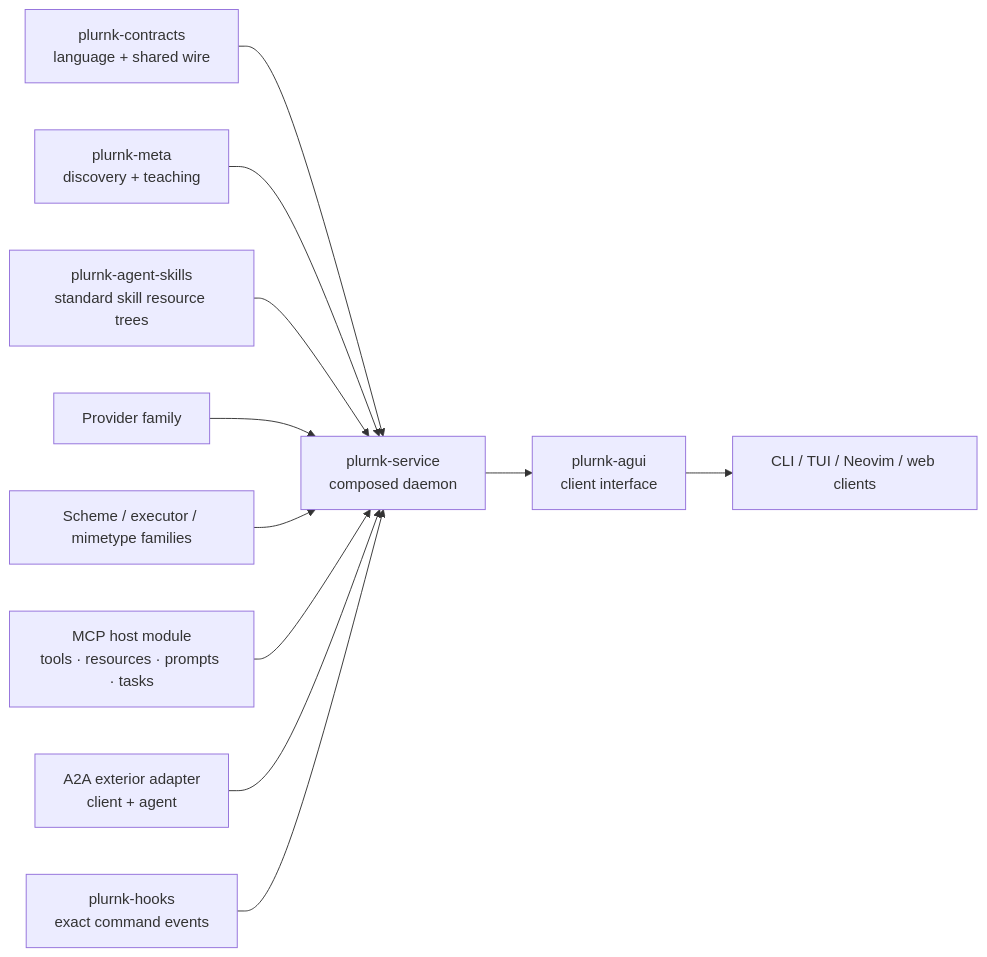
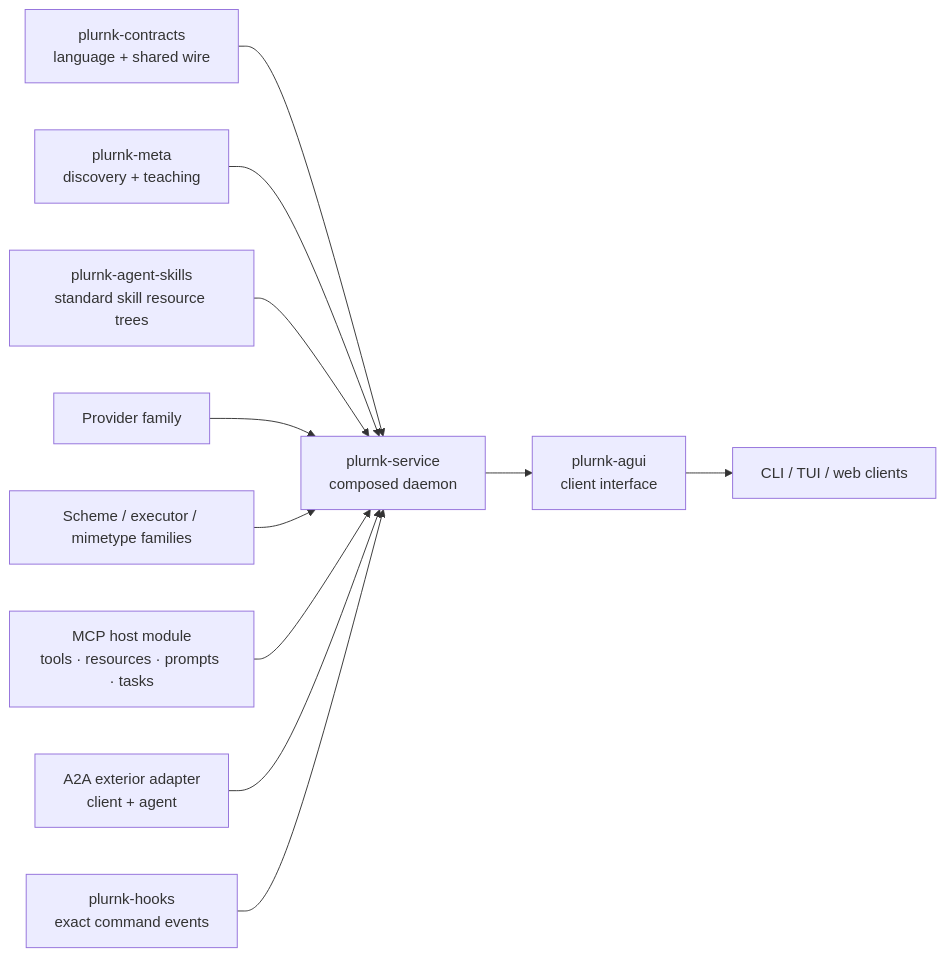
One commit to plurnk/plurnk-service changed the second of 4 diagrams in ARCHITECTURE.md. Above: the diagram before and after it, drawn with Mermaid. The commit also changed other lines of this file and 18 other files, not shown here.

````diff
--- a/ARCHITECTURE.md
+++ b/ARCHITECTURE.md
@@ -32,14 +32,14 @@
 ```mermaid
 flowchart LR
     contracts["plurnk-contracts<br/>language + shared wire"] --> core
     meta["plurnk-meta<br/>discovery + teaching"] --> core
     skills["plurnk-agent-skills<br/>standard skill resource trees"] --> core
     providers["Provider family"] --> core
     capabilities["Scheme / executor / mimetype families"] --> core
     mcp["MCP host module<br/>tools · resources · prompts · tasks"] --> core
     a2a["A2A exterior adapter<br/>client + agent"] --> core
     hooks["plurnk-hooks<br/>exact command events"] --> core
     core["plurnk-service<br/>composed daemon"]
     core --> agui["plurnk-agui<br/>client interface"]
-    agui --> clients["CLI / TUI / Neovim / web clients"]
+    agui --> clients["CLI / TUI / web clients"]
 ```
````
